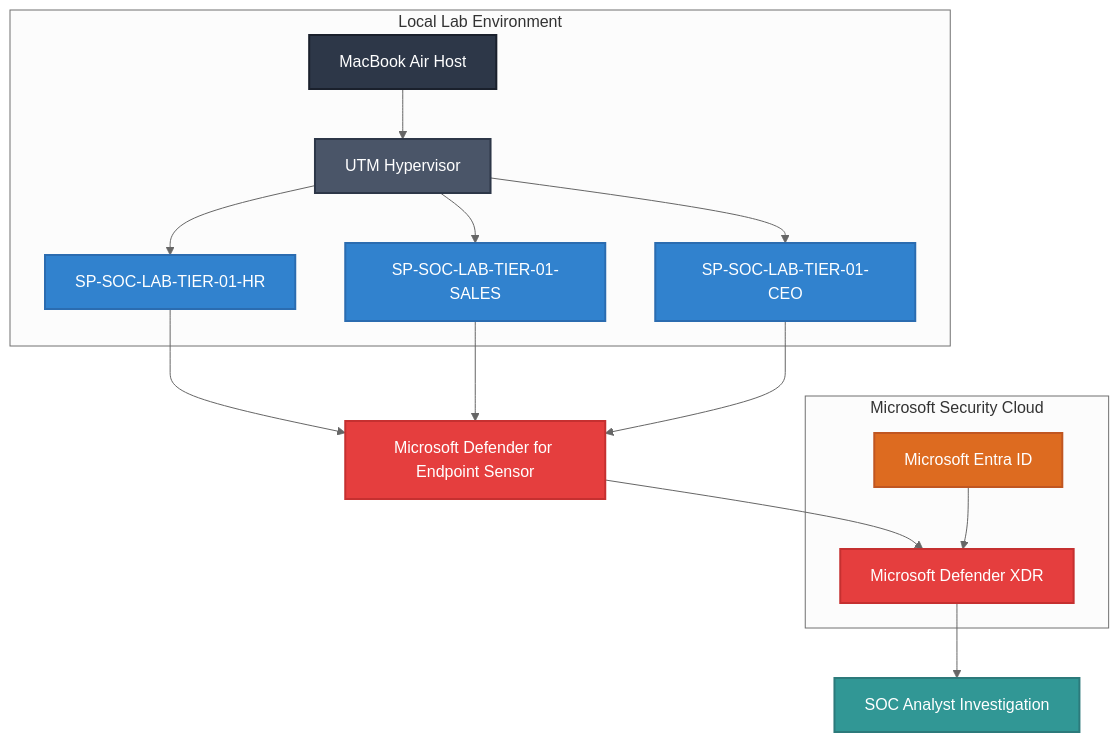
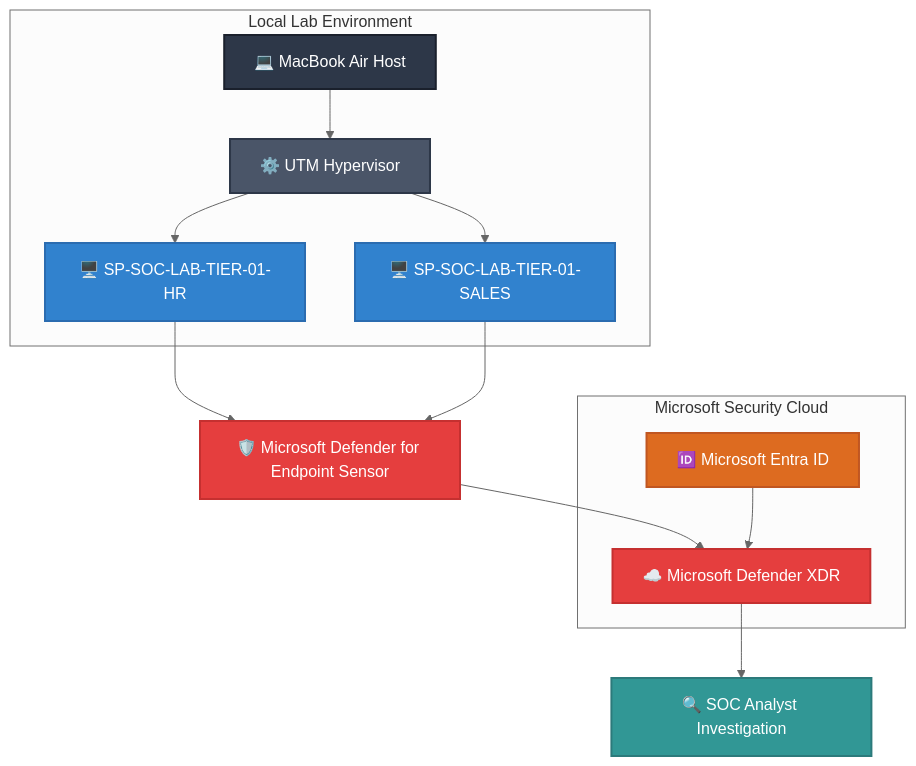
The diagram in README.md (sachinpatil-soc/Enterprise-Microsoft-Defender-XDR-Lab), drawn with Mermaid (neutral theme) before and after one commit.

Commit message:
Revise architecture diagram in README
Updated architecture diagram with improved formatting and removed redundant styles.

````diff
--- a/README.md
+++ b/README.md
@@ -13,63 +15,44 @@
-``` Mermaid
+```Mermaid
 
 graph TD
-    A[MacBook Air Host]
-    B[UTM Hypervisor]
-    C1[SP-SOC-LAB-TIER-01-HR]
-    C2[SP-SOC-LAB-TIER-01-SALES]
-    C3[SP-SOC-LAB-TIER-01-CEO]
-    D[Microsoft Defender for Endpoint Sensor]
-    E[Microsoft Defender XDR]
-    F[Microsoft Entra ID]
-    G[SOC Analyst Investigation]
+    %% Styles
+    classDef host fill:#2d3748,stroke:#1a202c,stroke-width:2px,color:#fff;
+    classDef hyper fill:#4a5568,stroke:#2d3748,stroke-width:2px,color:#fff;
+    classDef endpoint fill:#3182ce,stroke:#2b6cb0,stroke-width:2px,color:#fff;
+    classDef security fill:#e53e3e,stroke:#c53030,stroke-width:2px,color:#fff;
+    classDef identity fill:#dd6b20,stroke:#c05621,stroke-width:2px,color:#fff;
+    classDef soc fill:#319795,stroke:#2c7a7b,stroke-width:2px,color:#fff;
 
-    %% Core Infrastructure Connections
+    A[💻 MacBook Air Host]:::host
+    B[⚙️ UTM Hypervisor]:::hyper
+    C1[🖥️ SP-SOC-LAB-TIER-01-HR]:::endpoint
+    C2[🖥️ SP-SOC-LAB-TIER-01-SALES]:::endpoint
+    D[🛡️ Microsoft Defender for Endpoint Sensor]:::security
+    E[☁️ Microsoft Defender XDR]:::security
+    F[🆔 Microsoft Entra ID]:::identity
+    G[🔍 SOC Analyst Investigation]:::soc
+
     A --> B
-    
-    %% Hypervisor Connected to all 3 VMs
     B --> C1
     B --> C2
-    B --> C3
-
-    %% Telemetry to Defender
     C1 --> D
     C2 --> D
-    C3 --> D
     D --> E
     F --> E
     E --> G
 
-    %% Containers
     subgraph Local_Lab["Local Lab Environment"]
         A
         B
         C1
         C2
-        C3
     end
 
     subgraph Microsoft_Cloud["Microsoft Security Cloud"]
         E
         F
     end
 
-    %% Styles Definition
-    classDef host fill:#2d3748,stroke:#1a202c,stroke-width:2px,color:#fff;
-    classDef hyper fill:#4a5568,stroke:#2d3748,stroke-width:2px,color:#fff;
-    classDef endpoint fill:#3182ce,stroke:#2b6cb0,stroke-width:2px,color:#fff;
-    classDef security fill:#e53e3e,stroke:#c53030,stroke-width:2px,color:#fff;
-    classDef identity fill:#dd6b20,stroke:#c05621,stroke-width:2px,color:#fff;
-    classDef soc fill:#319795,stroke:#2c7a7b,stroke-width:2px,color:#fff;
-
-    %% Style Assignments
-    class A host;
-    class B hyper;
-    class C1,C2,C3 endpoint;
-    class D,E security;
-    class F identity;
-    class G soc;
-
-
 
 
  ```
````
